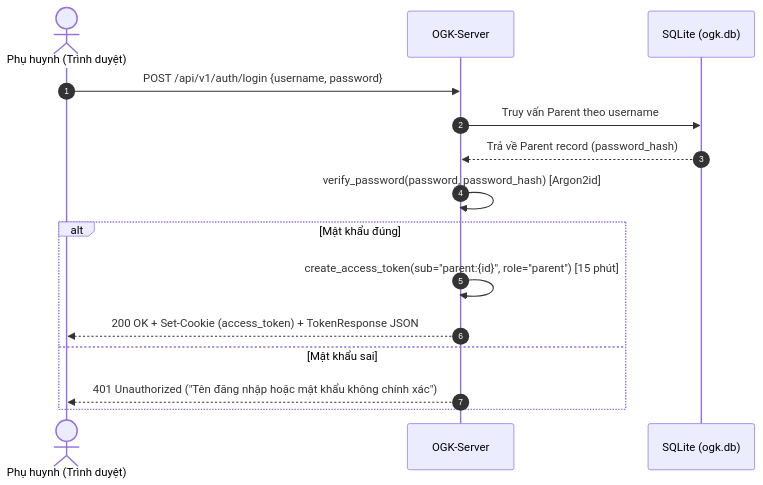
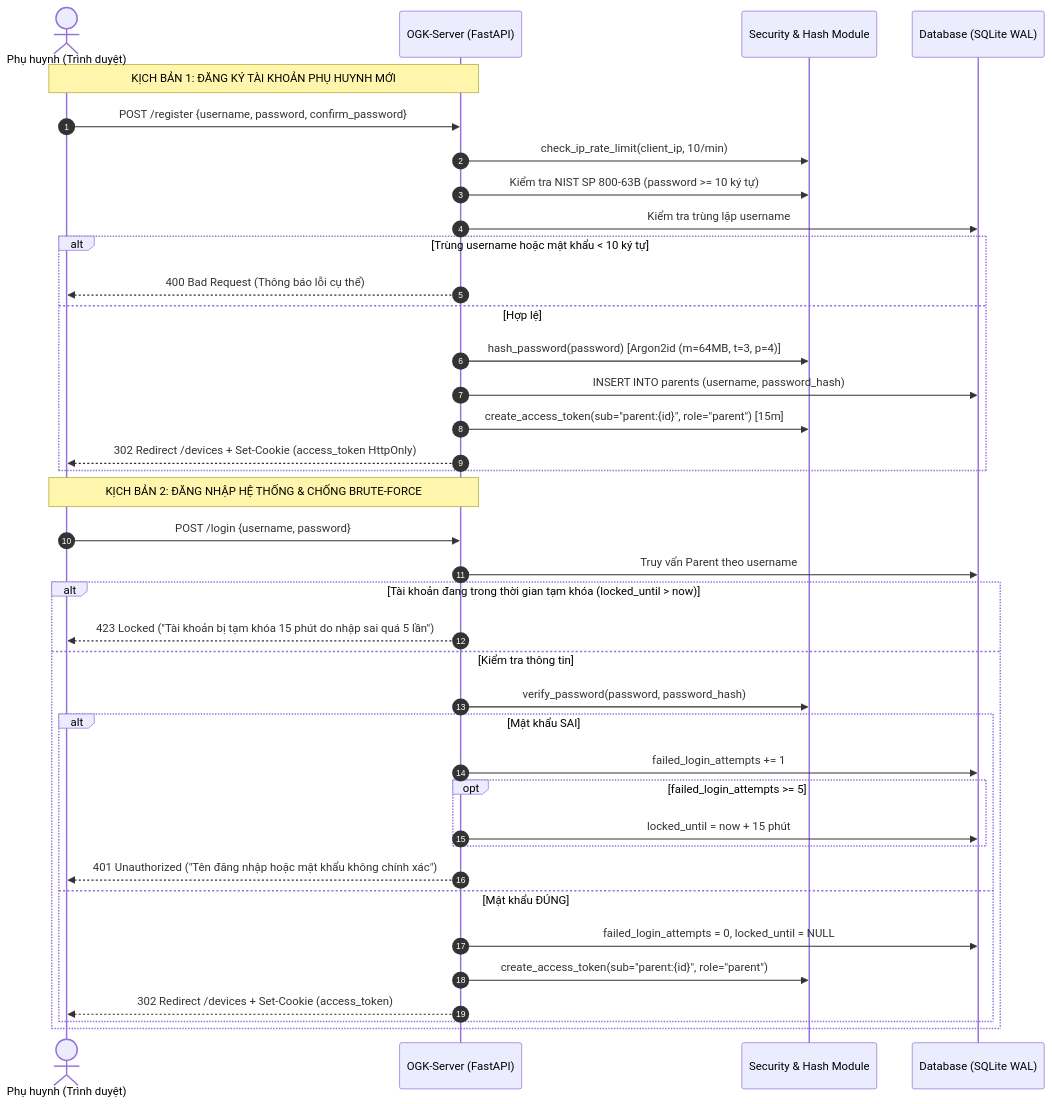
Before and after one commit to ayaflo/QuanLyMayTinh: the fourth of 10 diagrams in docs/KienTrucHeThong.md, drawn with Mermaid. The commit also changed other lines of this file, not shown here.

Commit message:
docs(architecture): comprehensive system architecture specification v0.4 final release with 7-layer stack, diagrams, ERD, and deployment

````diff
--- a/docs/KienTrucHeThong.md
+++ b/docs/KienTrucHeThong.md
@@ -69,18 +281,42 @@
 ```mermaid
 sequenceDiagram
     autonumber
     actor Parent as Phụ huynh (Trình duyệt)
-    participant Server as OGK-Server
-    participant DB as SQLite (ogk.db)
+    participant Server as OGK-Server (FastAPI)
+    participant Security as Security & Hash Module
+    participant DB as Database (SQLite WAL)
 
-    Parent->>Server: POST /api/v1/auth/login {username, password}
+    Note over Parent, Server: KỊCH BẢN 1: ĐĂNG KÝ TÀI KHOẢN PHỤ HUYNH MỚI
+    Parent->>Server: POST /register {username, password, confirm_password}
+    Server->>Security: check_ip_rate_limit(client_ip, 10/min)
+    Server->>Security: Kiểm tra NIST SP 800-63B (password >= 10 ký tự)
+    Server->>DB: Kiểm tra trùng lặp username
+    alt Trùng username hoặc mật khẩu < 10 ký tự
+        Server-->>Parent: 400 Bad Request (Thông báo lỗi cụ thể)
+    else Hợp lệ
+        Server->>Security: hash_password(password) [Argon2id (m=64MB, t=3, p=4)]
+        Server->>DB: INSERT INTO parents (username, password_hash)
+        Server->>Security: create_access_token(sub="parent:{id}", role="parent") [15m]
+        Server-->>Parent: 302 Redirect /devices + Set-Cookie (access_token HttpOnly)
+    end
+
+    Note over Parent, Server: KỊCH BẢN 2: ĐĂNG NHẬP HỆ THỐNG & CHỐNG BRUTE-FORCE
+    Parent->>Server: POST /login {username, password}
     Server->>DB: Truy vấn Parent theo username
-    DB-->>Server: Trả về Parent record (password_hash)
-    Server->>Server: verify_password(password, password_hash) [Argon2id]
-    alt Mật khẩu đúng
-        Server->>Server: create_access_token(sub="parent:{id}", role="parent") [15 phút]
-        Server-->>Parent: 200 OK + Set-Cookie (access_token) + TokenResponse JSON
-    else Mật khẩu sai
-        Server-->>Parent: 401 Unauthorized ("Tên đăng nhập hoặc mật khẩu không chính xác")
+    alt Tài khoản đang trong thời gian tạm khóa (locked_until > now)
+        Server-->>Parent: 423 Locked ("Tài khoản bị tạm khóa 15 phút do nhập sai quá 5 lần")
+    else Kiểm tra thông tin
+        Server->>Security: verify_password(password, password_hash)
+        alt Mật khẩu SAI
+            Server->>DB: failed_login_attempts += 1
+            opt failed_login_attempts >= 5
+                Server->>DB: locked_until = now + 15 phút
+            end
+            Server-->>Parent: 401 Unauthorized ("Tên đăng nhập hoặc mật khẩu không chính xác")
+        else Mật khẩu ĐÚNG
+            Server->>DB: failed_login_attempts = 0, locked_until = NULL
+            Server->>Security: create_access_token(sub="parent:{id}", role="parent")
+            Server-->>Parent: 302 Redirect /devices + Set-Cookie (access_token)
+        end
     end
 ```
````
